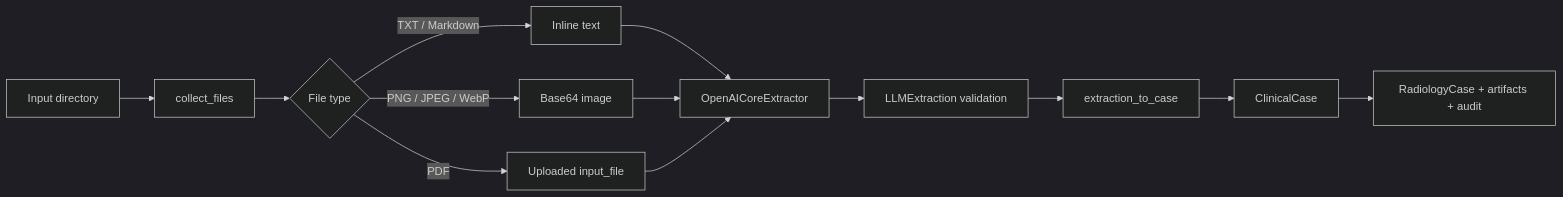
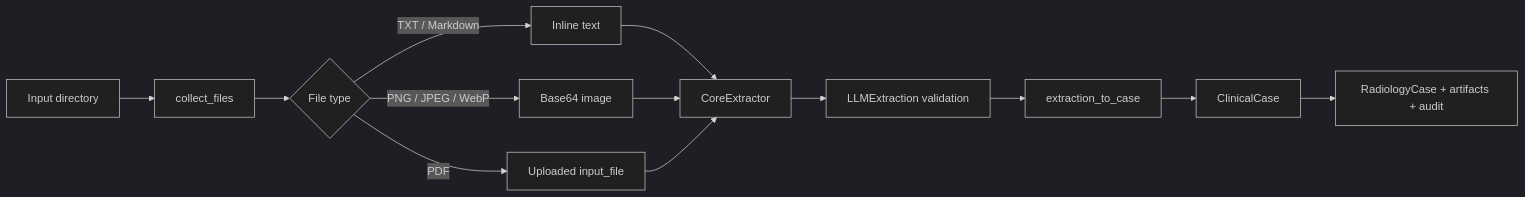
One commit to Thibescobar/bulkinout changed the diagram in docs/core.md. Above: the diagram before and after it, drawn with Mermaid (dark theme). The commit also changed other lines of this file and 26 other files, not shown here.

````diff
--- a/docs/core.md
+++ b/docs/core.md
@@ -7,15 +7,15 @@
 ```mermaid
 flowchart LR
     A[Input directory] --> B[collect_files]
     B --> C{File type}
     C -- TXT / Markdown --> D[Inline text]
     C -- PNG / JPEG / WebP --> E[Base64 image]
     C -- PDF --> F[Uploaded input_file]
-    D --> G[OpenAICoreExtractor]
+    D --> G[CoreExtractor]
     E --> G
     F --> G
     G --> H[LLMExtraction validation]
     H --> I[extraction_to_case]
     I --> J[ClinicalCase]
     J --> K[RadiologyCase + artifacts + audit]
 ```
````
